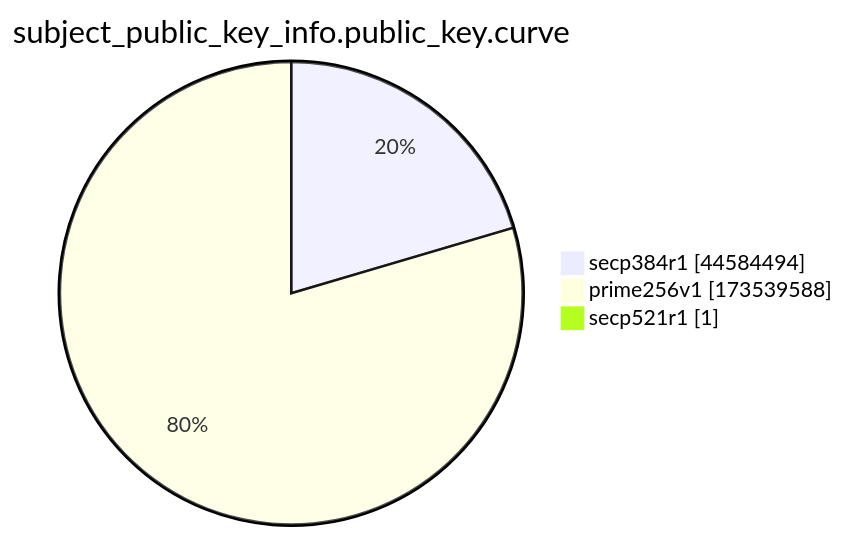
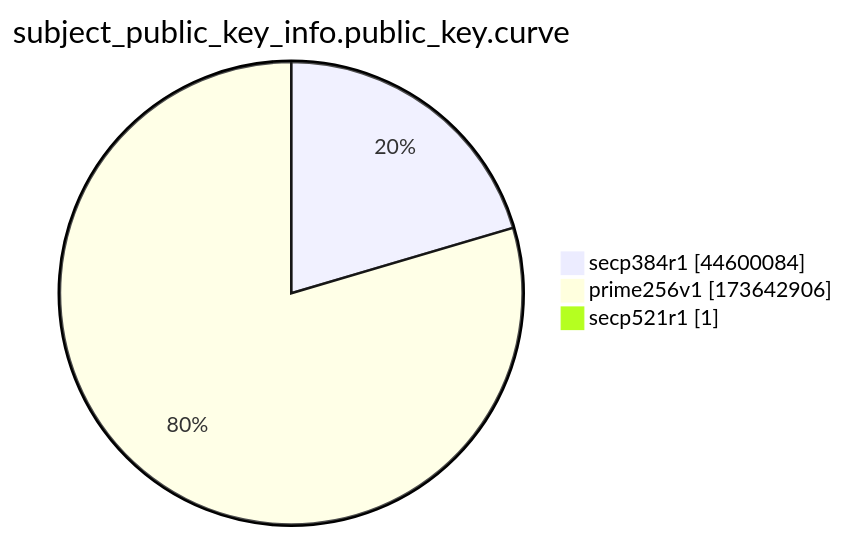
The ninth of 15 diagrams in xenon2022/README.md (christiankrug/ctmonitor_visualization), drawn with Mermaid before and after one commit. The commit also changed other lines of this file, not shown here.

````diff
--- a/xenon2022/README.md
+++ b/xenon2022/README.md
@@ -2871,7 +2871,7 @@
 ```mermaid
 pie showData
 title subject_public_key_info.public_key.curve
-"secp384r1" :44584494
-"prime256v1" :173539588
+"secp384r1" :44600084
+"prime256v1" :173642906
 "secp521r1" :1
 ```
````
